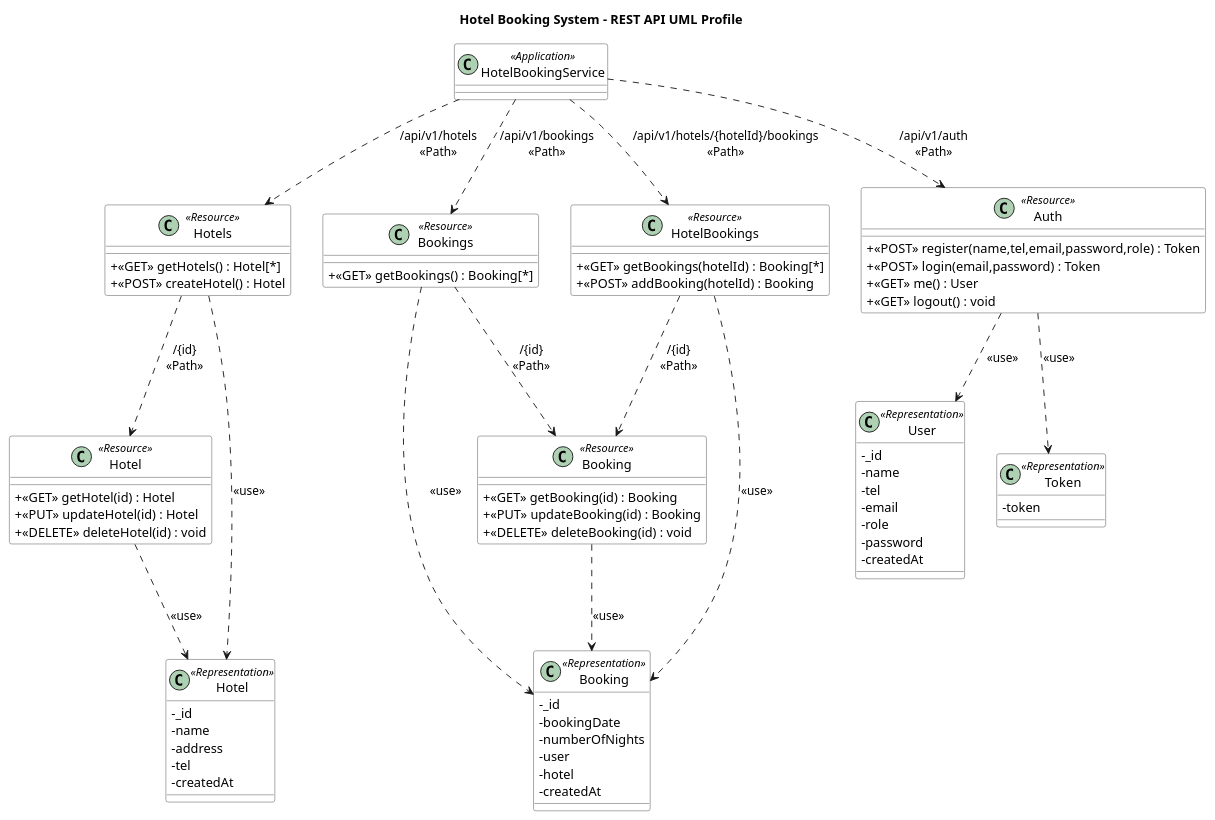
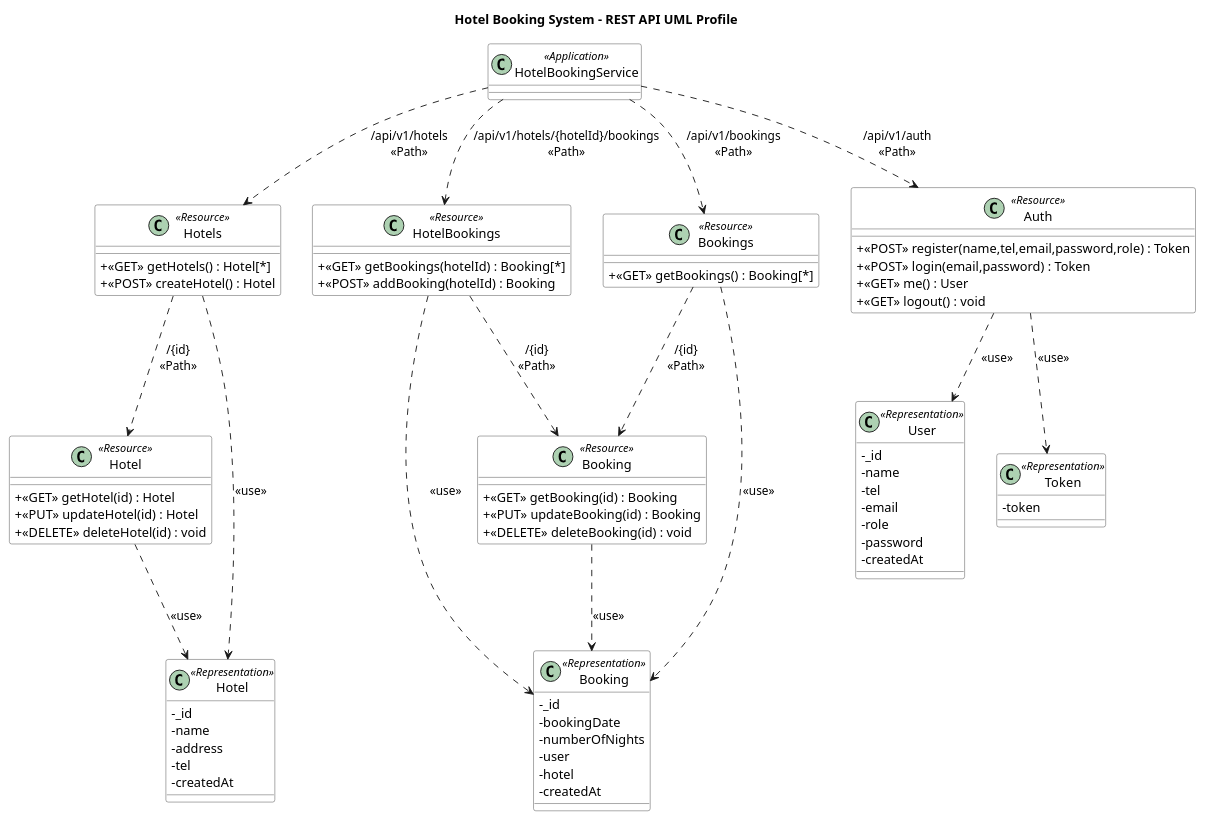
One commit to 2110503-CEDT68/be-project-68-pratulang changed the diagram in uml/classdiagram.puml. Above: the diagram before and after it, drawn with PlantUML. The commit also changed other lines of this file, not shown here.

Commit message:
rearrange class diagram

```diff
--- a/uml/classdiagram.puml
+++ b/uml/classdiagram.puml
@@ -1,117 +1,117 @@
 @startuml
 title Hotel Booking System - REST API UML Profile
 
 ' Styling to resemble the sample (clean boxes + dashed path lines)
 skinparam shadowing false
 skinparam packageStyle rectangle
 skinparam classAttributeIconSize 0
 
 skinparam class {
   BackgroundColor #FFFFFF
   BorderColor #444444
 }
 
 skinparam note {
   BorderColor #444444
 }
 
 
 ' APPLICATION
 class "HotelBookingService" <<Application>>
 
 ' RESOURCES (Hotels)
 class "Hotels" <<Resource>> {
   + <<GET>> getHotels() : Hotel[*]
   + <<POST>> createHotel() : Hotel
 }
 
 class "Hotel" <<Resource>> {
   + <<GET>> getHotel(id) : Hotel
   + <<PUT>> updateHotel(id) : Hotel
   + <<DELETE>> deleteHotel(id) : void
 }
 
+' Nested create booking (from your controller addBooking)
+class "HotelBookings" <<Resource>> {
+  + <<GET>> getBookings(hotelId) : Booking[*]
+  + <<POST>> addBooking(hotelId) : Booking
+}
+
 ' RESOURCES (Bookings)
 class "Bookings" <<Resource>> {
   + <<GET>> getBookings() : Booking[*]
 }
 
 class "Booking" <<Resource>> {
   + <<GET>> getBooking(id) : Booking
   + <<PUT>> updateBooking(id) : Booking
   + <<DELETE>> deleteBooking(id) : void
-}
-
-' Nested create booking (from your controller addBooking)
-class "HotelBookings" <<Resource>> {
-  + <<GET>> getBookings(hotelId) : Booking[*]
-  + <<POST>> addBooking(hotelId) : Booking
 }
 
 
 ' RESOURCES (Auth)
 class "Auth" <<Resource>> {
   + <<POST>> register(name,tel,email,password,role) : Token
   + <<POST>> login(email,password) : Token
   + <<GET>> me() : User
   + <<GET>> logout() : void
 }
 
 
 ' REPRESENTATIONS (Models)
 class "Hotel" as HotelRep <<Representation>> {
   - _id
   - name
   - address
   - tel
   - createdAt
 }
 
 class "Booking" as BookingRep <<Representation>> {
   - _id
   - bookingDate
   - numberOfNights
   - user
   - hotel
   - createdAt
 }
 
 class "User" as UserRep <<Representation>> {
   - _id
   - name
   - tel
   - email
   - role
   - password
   - createdAt
 }
 
 class "Token" as TokenRep <<Representation>> {
   - token
 }
 
 ' PATH LINKS (dashed like the photo)
 HotelBookingService ..> Hotels : /api/v1/hotels\n<<Path>>
 Hotels ..> Hotel : /{id}\n<<Path>>
 
 HotelBookingService ..> Bookings : /api/v1/bookings\n<<Path>>
 Bookings ..> Booking : /{id}\n<<Path>>
 
 ' Nested booking create endpoint in your code:
 HotelBookingService ..> HotelBookings : /api/v1/hotels/{hotelId}/bookings\n<<Path>>
 HotelBookings ..> Booking : /{id}\n<<Path>>
 
 HotelBookingService ..> Auth : /api/v1/auth\n<<Path>>
 
 ' USE LINKS (resource uses representation)
 Hotels ..> HotelRep : <<use>>
 Hotel ..> HotelRep : <<use>>
 
 Bookings ..> BookingRep : <<use>>
 Booking ..> BookingRep : <<use>>
 HotelBookings ..> BookingRep : <<use>>
 
 Auth ..> UserRep : <<use>>
 Auth ..> TokenRep : <<use>>
 
 @enduml
```
